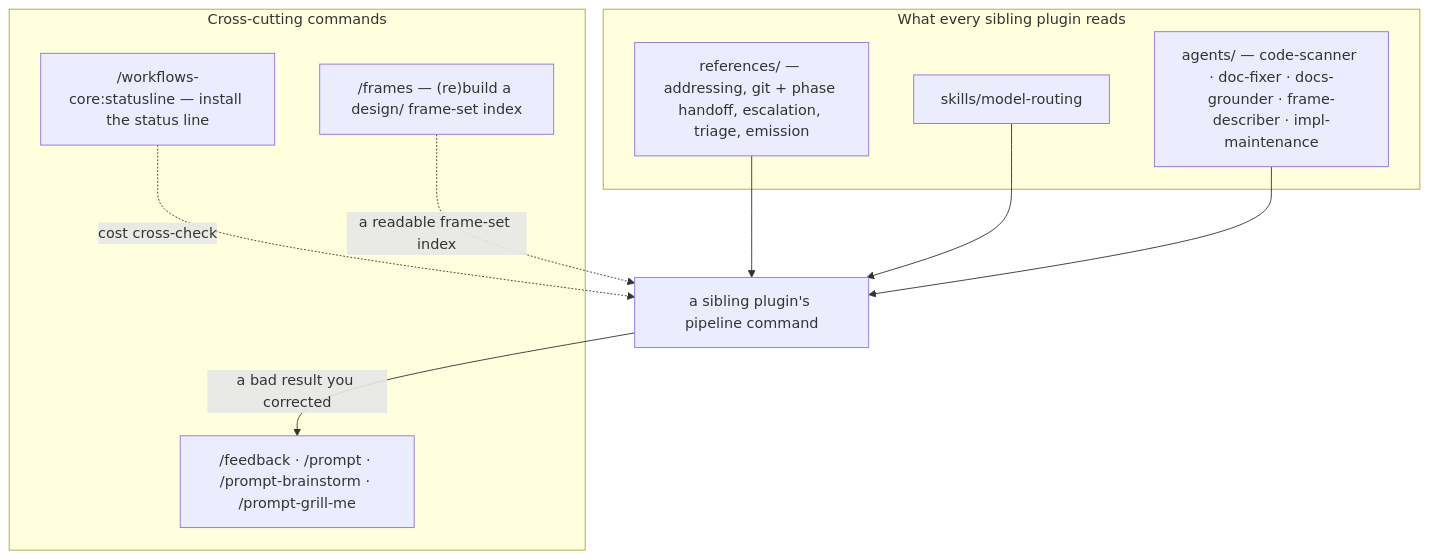
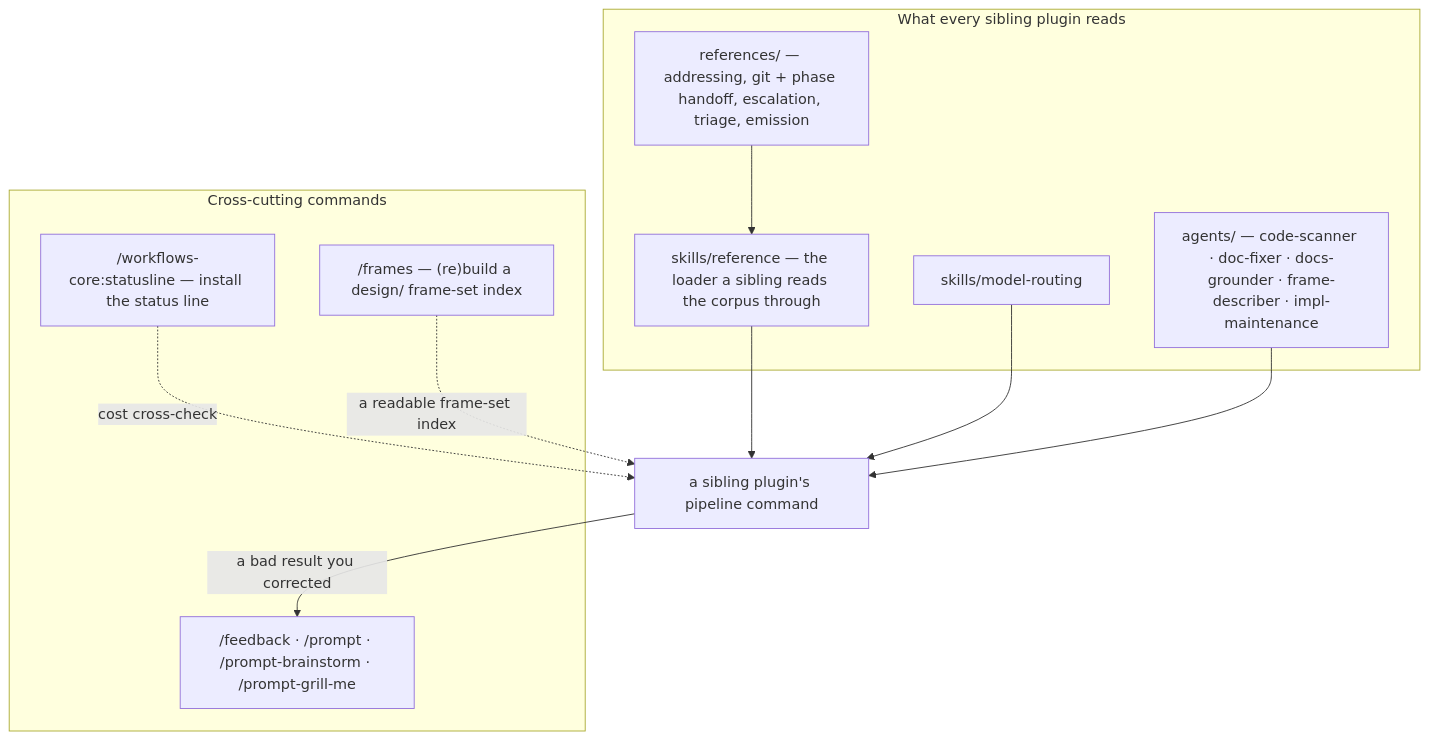
Before and after one commit to ihudak/ihudak-claude-plugins: the diagram in plugins/workflows-core/docs/workflow.md, drawn with Mermaid. The commit also changed other lines of this file, not shown here.

Commit message:
docs(core): put the `reference` loader in the workflow diagram
The diagram named `skills/model-routing` but not `skills/reference`, which is
the mechanism the entire split turns on: `${CLAUDE_PLUGIN_ROOT}` resolves to
the reading plugin, so a sibling cannot open this corpus by path and reads it
through `Skill(skill: "workflows-core:reference", args: "<name>")` instead.

It goes INSIDE the mermaid block, with the corpus edge rerouted
`refs -> loader -> pipeline` so the diagram shows the indirection rather than a
node sitting beside it. `check-docs.sh` check 15 asserts diagram membership
separately from page membership precisely because prose below a diagram does
not count -- adding it to the paragraph would have satisfied a reader and
nothing else. The count in the sentence below still holds: three solid edges
reach the pipeline node, now loader/skill/agents.

The paragraph explaining the indirection is added too, and links the skills
table on the references page rather than restating it.

Claude-Session: https://claude.ai/code/session_01XQaUzS1o5p1rZeYANkcagU

````diff
--- a/plugins/workflows-core/docs/workflow.md
+++ b/plugins/workflows-core/docs/workflow.md
@@ -5,21 +5,23 @@
 ```mermaid
 flowchart TD
     subgraph CORPUS["What every sibling plugin reads"]
         refs["references/ — addressing, git + phase handoff, escalation, triage, emission"]
+        loader["skills/reference — the loader a sibling reads the corpus through"]
         skill["skills/model-routing"]
         agents["agents/ — code-scanner · doc-fixer · docs-grounder · frame-describer · impl-maintenance"]
     end
     subgraph CROSS["Cross-cutting commands"]
         setup["/workflows-core:statusline — install the status line"]
         repair["/frames — (re)build a design/ frame-set index"]
         improve["/feedback · /prompt · /prompt-brainstorm · /prompt-grill-me"]
     end
     pipeline["a sibling plugin's pipeline command"]
 
-    refs --> pipeline
+    refs --> loader
+    loader --> pipeline
     skill --> pipeline
     agents --> pipeline
     pipeline -->|a bad result you corrected| improve
     setup -.->|cost cross-check| pipeline
     repair -.->|a readable frame-set index| pipeline
 ```
````
